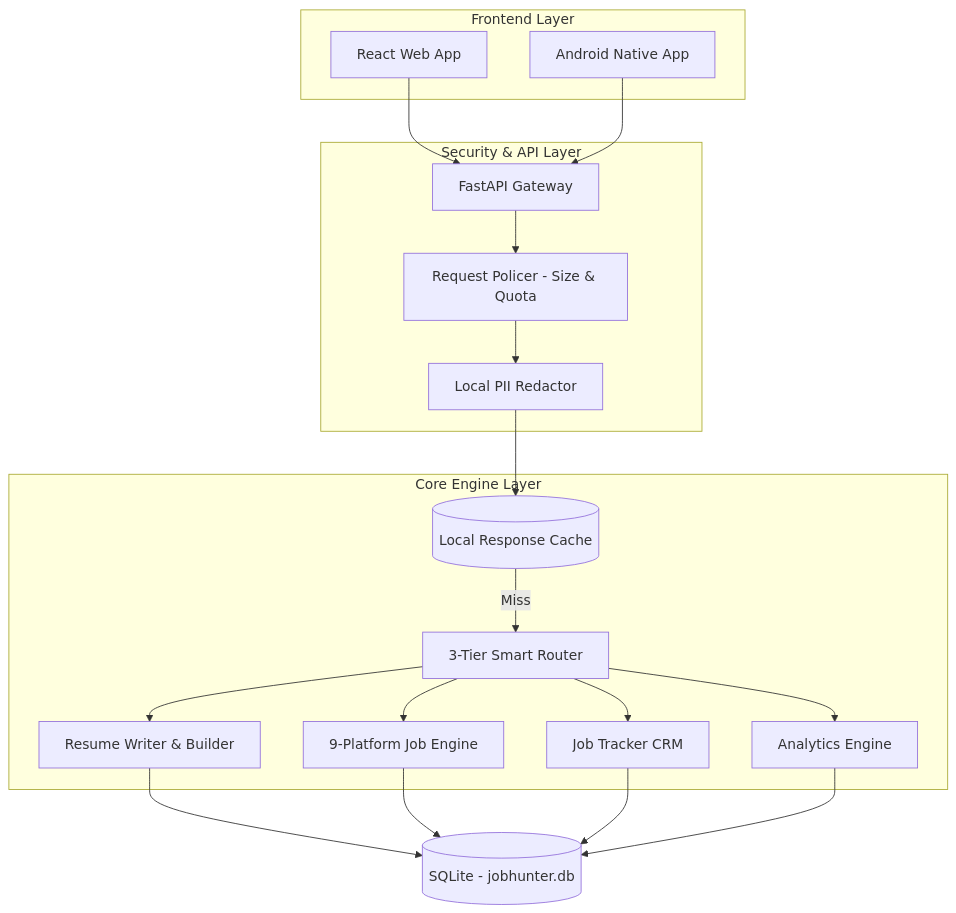
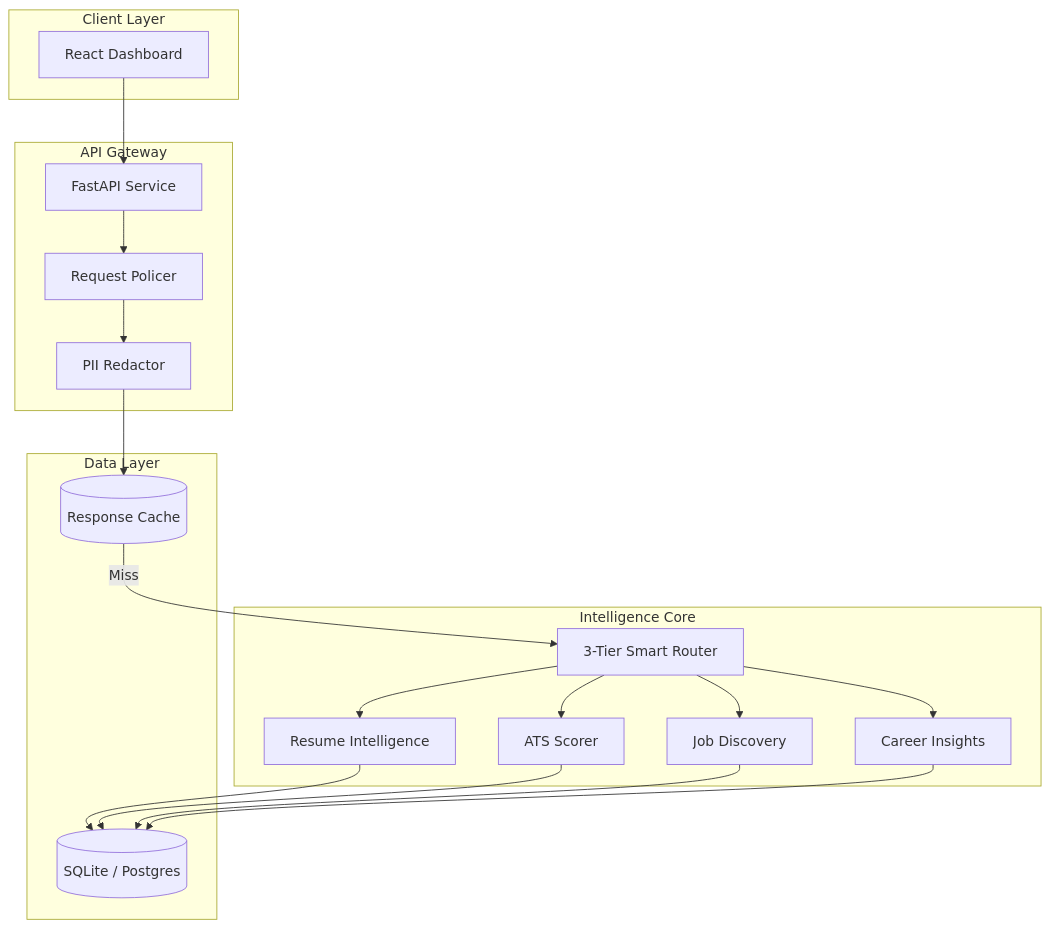
Before and after one commit to IamAzmathullaShaikh/JobHunterAI: the diagram in README.md, drawn with Mermaid. The commit also changed other lines of this file and 420 other files, not shown here.

````diff
--- a/README.md
+++ b/README.md
@@ -9,36 +19,33 @@
 ```mermaid
 graph TD
-    subgraph Frontend Layer
-        Web[React Web App]
-        Mobile[Android Native App]
+    subgraph Client Layer
+        Web[React Dashboard]
     end
 
-    subgraph Security & API Layer
-        API[FastAPI Gateway]
-        Policer[Request Policer - Size & Quota]
-        Sanitizer[Local PII Redactor]
+    subgraph API Gateway
+        FastAPI[FastAPI Service]
+        Policer[Request Policer]
+        Sanitizer[PII Redactor]
     end
 
-    subgraph Core Engine Layer
-        Cache[(Local Response Cache)]
+    subgraph Intelligence Core
         Router[3-Tier Smart Router]
-        Resume[Resume Writer & Builder]
-        Scraper[9-Platform Job Engine]
-        CRM[Job Tracker CRM]
-        Analytics[Analytics Engine]
+        ResumeEngine[Resume Intelligence]
+        MatchingEngine[ATS Scorer]
+        ScraperFleet[Job Discovery]
+        Analytics[Career Insights]
     end
 
-    DB[(SQLite - jobhunter.db)]
+    subgraph Data Layer
+        Cache[(Response Cache)]
+        DB[(SQLite / Postgres)]
+    end
 
-    Web --> API
-    Mobile --> API
-    API --> Policer
+    Web --> FastAPI
+    FastAPI --> Policer
     Policer --> Sanitizer
     Sanitizer --> Cache
     Cache -- Miss --> Router
-    Router --> Resume
-    Router --> Scraper
-    Router --> CRM
-    Router --> Analytics
-    Resume & Scraper & CRM & Analytics --> DB
+    Router --> ResumeEngine & MatchingEngine & ScraperFleet & Analytics
+    ResumeEngine & MatchingEngine & ScraperFleet & Analytics --> DB
 ```
````
